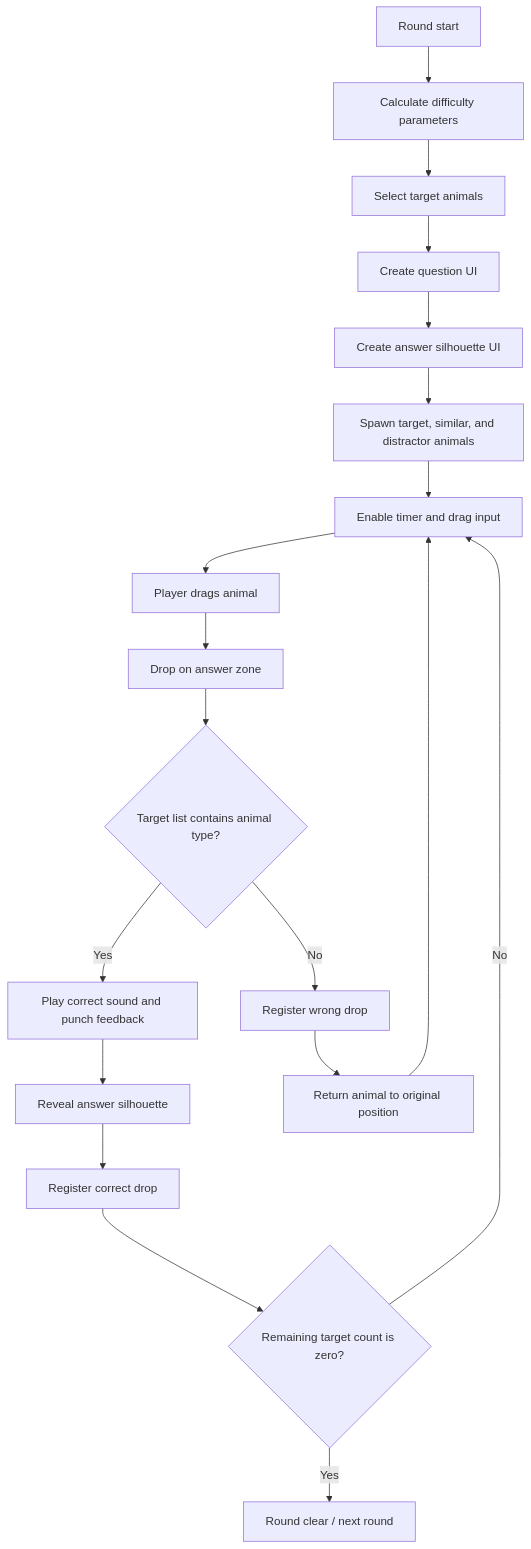
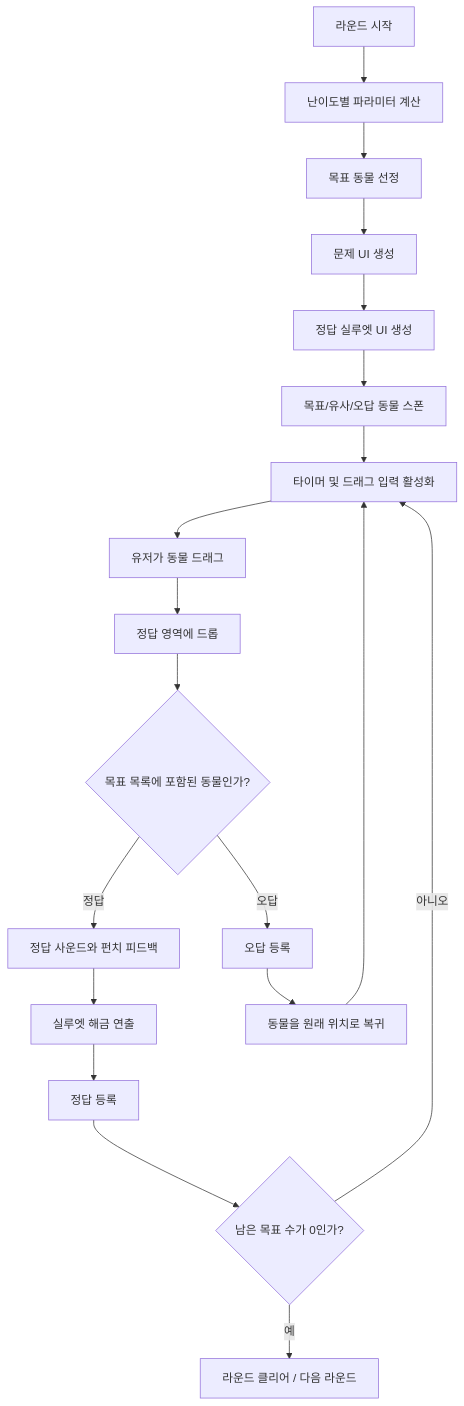
The first of 6 diagrams in docs/content-flowcharts.md (yangwonkyu/memoleaf), drawn with Mermaid before and after one commit. The commit also changed other lines of this file and 4 other files, not shown here.

Commit message:
Document Korean flowcharts and custom presentation work

````diff
--- a/docs/content-flowcharts.md
+++ b/docs/content-flowcharts.md
@@ -11,21 +11,21 @@
 ```mermaid
 flowchart TD
-    A[Round start] --> B[Calculate difficulty parameters]
-    B --> C[Select target animals]
-    C --> D[Create question UI]
-    D --> E[Create answer silhouette UI]
-    E --> F[Spawn target, similar, and distractor animals]
-    F --> G[Enable timer and drag input]
-    G --> H[Player drags animal]
-    H --> I[Drop on answer zone]
-    I --> J{Target list contains animal type?}
-    J -->|Yes| K[Play correct sound and punch feedback]
-    K --> L[Reveal answer silhouette]
-    L --> M[Register correct drop]
-    M --> N{Remaining target count is zero?}
-    N -->|No| G
-    N -->|Yes| O[Round clear / next round]
-    J -->|No| P[Register wrong drop]
-    P --> Q[Return animal to original position]
+    A[라운드 시작] --> B[난이도별 파라미터 계산]
+    B --> C[목표 동물 선정]
+    C --> D[문제 UI 생성]
+    D --> E[정답 실루엣 UI 생성]
+    E --> F[목표/유사/오답 동물 스폰]
+    F --> G[타이머 및 드래그 입력 활성화]
+    G --> H[유저가 동물 드래그]
+    H --> I[정답 영역에 드롭]
+    I --> J{목표 목록에 포함된 동물인가?}
+    J -->|정답| K[정답 사운드와 펀치 피드백]
+    K --> L[실루엣 해금 연출]
+    L --> M[정답 등록]
+    M --> N{남은 목표 수가 0인가?}
+    N -->|아니오| G
+    N -->|예| O[라운드 클리어 / 다음 라운드]
+    J -->|오답| P[오답 등록]
+    P --> Q[동물을 원래 위치로 복귀]
     Q --> G
 ```
````
